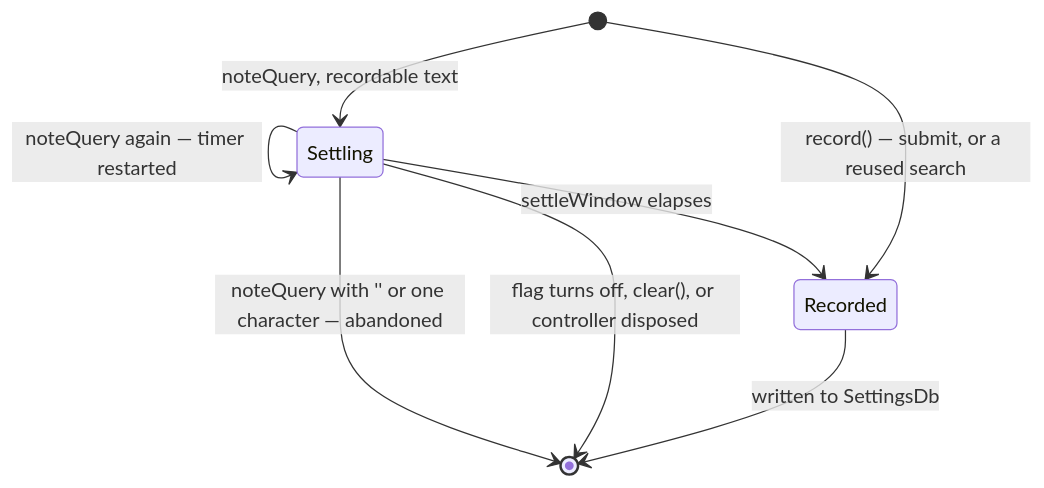
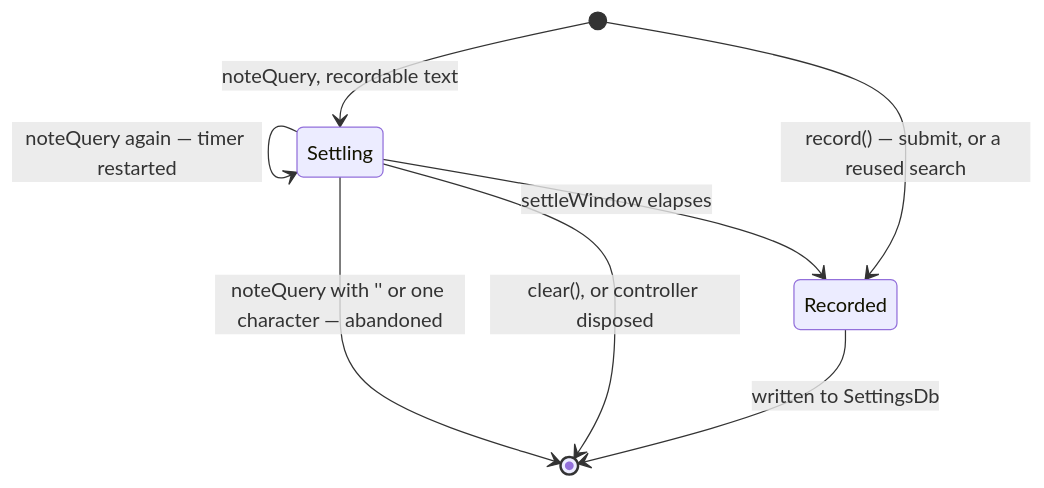
Before and after one commit to matthiasn/lotti: the second of 2 diagrams in knowledge/features/recent_searches.md, drawn with Mermaid. The commit also changed other lines of this file and 60 other files, not shown here.

````diff
--- a/knowledge/features/recent_searches.md
+++ b/knowledge/features/recent_searches.md
@@ -151,10 +112,10 @@
 ```mermaid
 stateDiagram-v2
   [*] --> Settling: noteQuery, recordable text
   Settling --> Settling: noteQuery again — timer restarted
   Settling --> [*]: noteQuery with '' or one character — abandoned
-  Settling --> [*]: flag turns off, clear(), or controller disposed
+  Settling --> [*]: clear(), or controller disposed
   Settling --> Recorded: settleWindow elapses
   [*] --> Recorded: record() — submit, or a reused search
   Recorded --> [*]: written to SettingsDb
 ```
````
